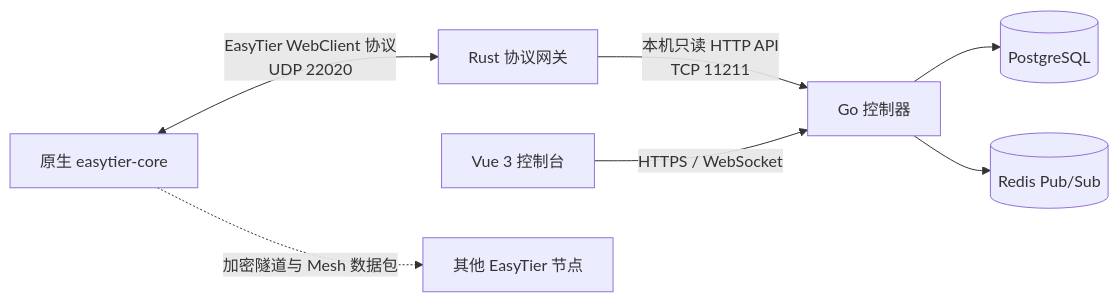
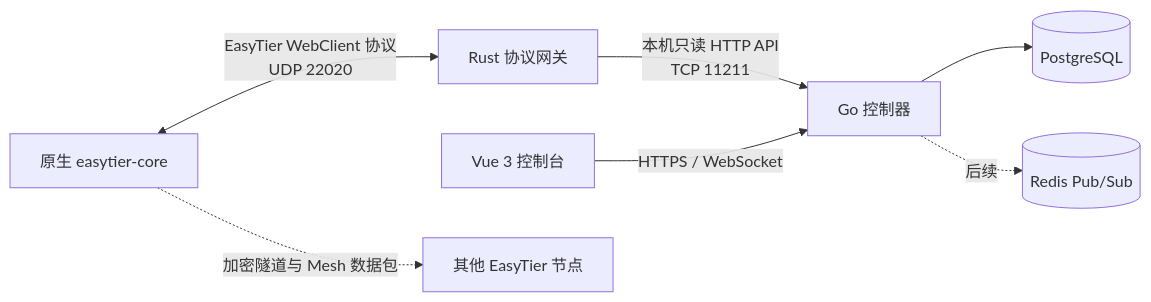
One commit to WuYouOwO/NexusTier changed the diagram in docs/README.md. Above: the diagram before and after it, drawn with Mermaid. The commit also changed other lines of this file and 37 other files, not shown here.

````diff
--- a/docs/README.md
+++ b/docs/README.md
@@ -17,10 +21,10 @@
 ```mermaid
 flowchart LR
     Core[原生 easytier-core] <-->|EasyTier WebClient 协议<br/>UDP 22020| Gateway[Rust 协议网关]
     Gateway -->|本机只读 HTTP API<br/>TCP 11211| Go[Go 控制器]
     Go --> DB[(PostgreSQL)]
-    Go --> Redis[(Redis Pub/Sub)]
+    Go -. 后续 .-> Redis[(Redis Pub/Sub)]
     Web[Vue 3 控制台] -->|HTTPS / WebSocket| Go
 
     Core -. 加密隧道与 Mesh 数据包 .-> Peers[其他 EasyTier 节点]
 ```
````
